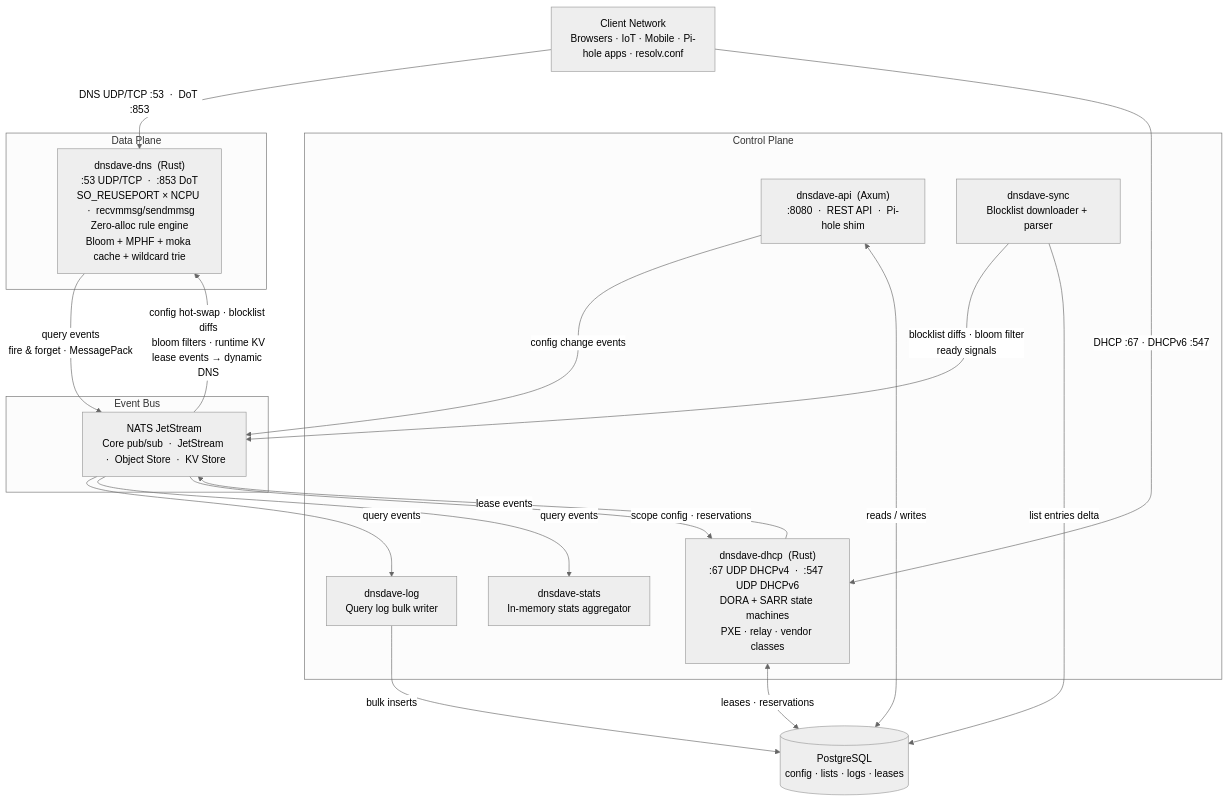
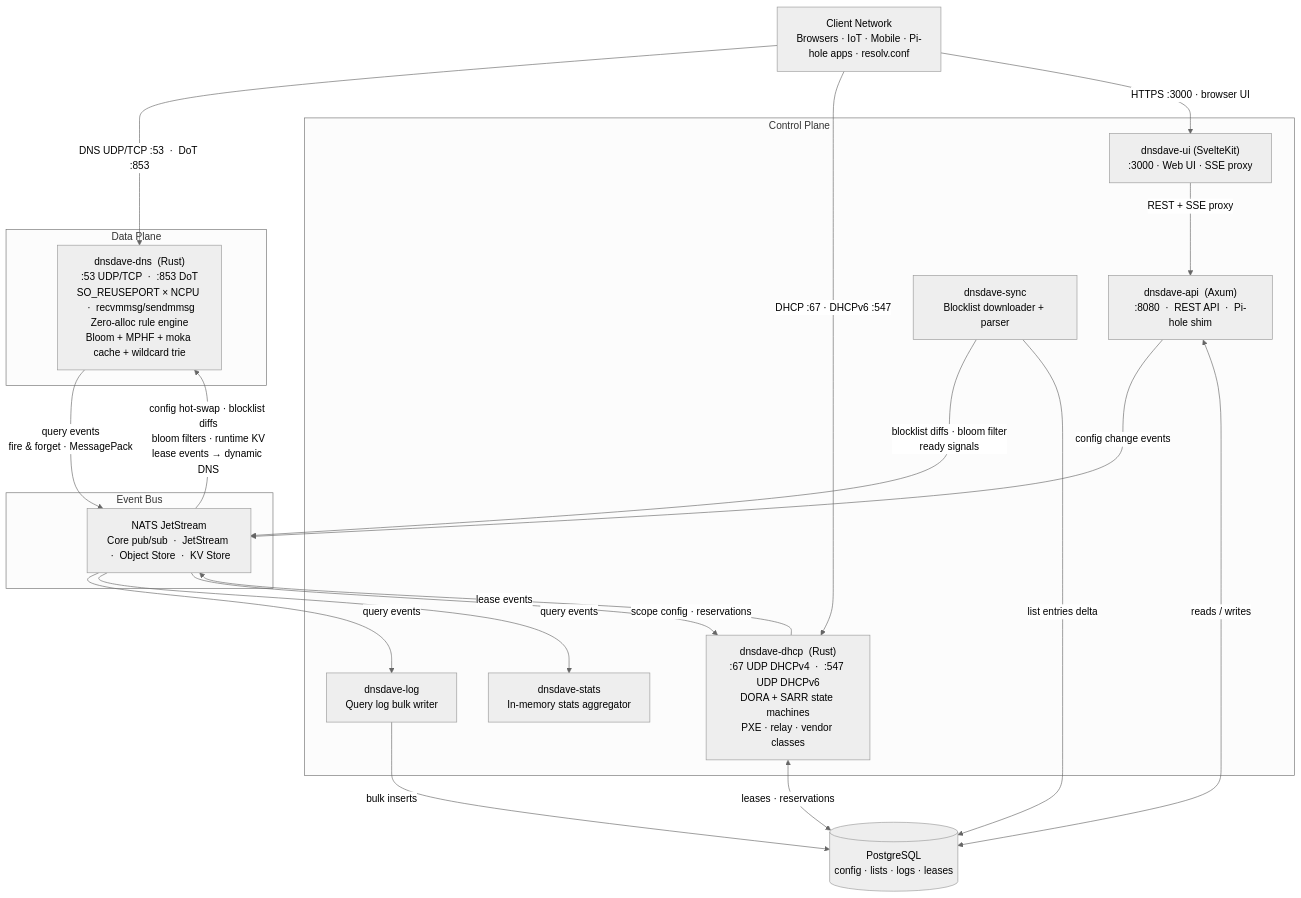
One commit to my0373/dnsdave changed the first of 5 diagrams in DESIGN.md. Above: the diagram before and after it, drawn with Mermaid (neutral theme). The commit also changed other lines of this file and 1 other file, not shown here.

````diff
--- a/DESIGN.md
+++ b/DESIGN.md
@@ -58,37 +58,40 @@
 ```mermaid
 graph TD
     Clients["Client Network\nBrowsers · IoT · Mobile · Pi-hole apps · resolv.conf"]
 
     subgraph DP["Data Plane"]
         DNS["dnsdave-dns  (Rust)\n:53 UDP/TCP  ·  :853 DoT\nSO_REUSEPORT × NCPU  ·  recvmmsg/sendmmsg\nZero-alloc rule engine\nBloom + MPHF + moka cache + wildcard trie"]
     end
 
     subgraph EB["Event Bus"]
         NATS["NATS JetStream\nCore pub/sub  ·  JetStream  ·  Object Store  ·  KV Store"]
     end
 
     subgraph CP["Control Plane"]
         API["dnsdave-api  (Axum)\n:8080  ·  REST API  ·  Pi-hole shim"]
+        UI["dnsdave-ui  (SvelteKit)\n:3000  ·  Web UI  ·  SSE proxy"]
         SYNC["dnsdave-sync\nBlocklist downloader + parser"]
         LOG["dnsdave-log\nQuery log bulk writer"]
         STATS["dnsdave-stats\nIn-memory stats aggregator"]
         DHCP["dnsdave-dhcp  (Rust)\n:67 UDP DHCPv4  ·  :547 UDP DHCPv6\nDORA + SARR state machines\nPXE · relay · vendor classes"]
     end
 
     PG[("PostgreSQL\nconfig · lists · logs · leases")]
 
     Clients -->|"DNS UDP/TCP :53  ·  DoT :853"| DNS
     Clients -->|"DHCP :67  ·  DHCPv6 :547"| DHCP
+    Clients -->|"HTTPS :3000  ·  browser UI"| UI
+    UI -->|"REST + SSE proxy"| API
     DNS -->|"query events\nfire & forget · MessagePack"| NATS
     NATS -->|"config hot-swap · blocklist diffs\nbloom filters · runtime KV\nlease events → dynamic DNS"| DNS
     API -->|"config change events"| NATS
     NATS -->|"query events"| LOG
     NATS -->|"query events"| STATS
     SYNC -->|"blocklist diffs · bloom filter\nready signals"| NATS
     DHCP -->|"lease events"| NATS
     NATS -->|"scope config · reservations"| DHCP
     API <-->|"reads / writes"| PG
     SYNC -->|"list entries delta"| PG
     LOG -->|"bulk inserts"| PG
     DHCP <-->|"leases · reservations"| PG
 ```
````
